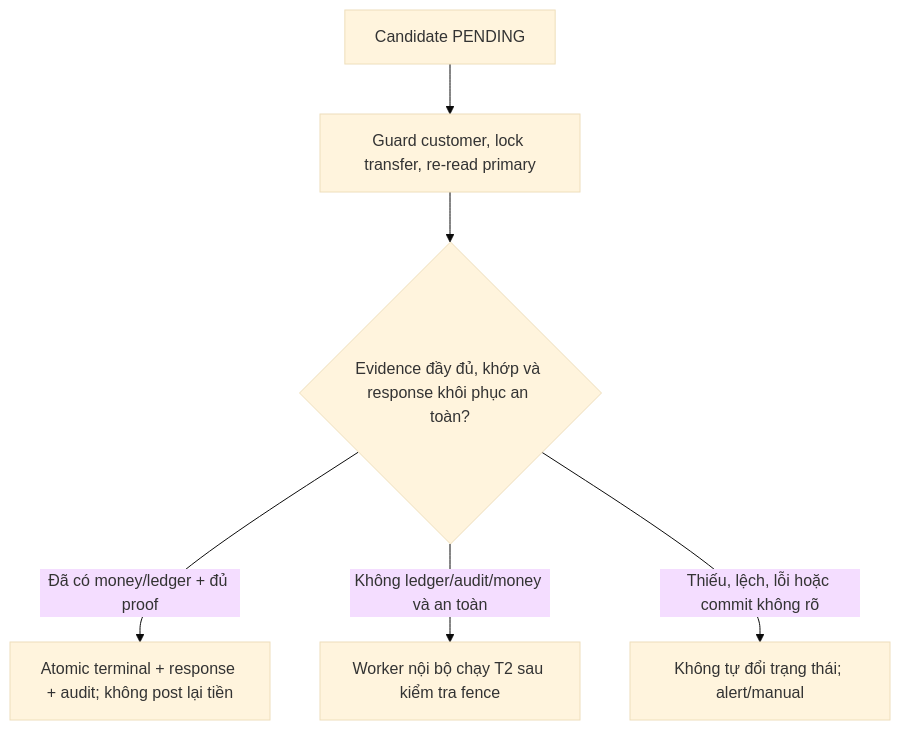
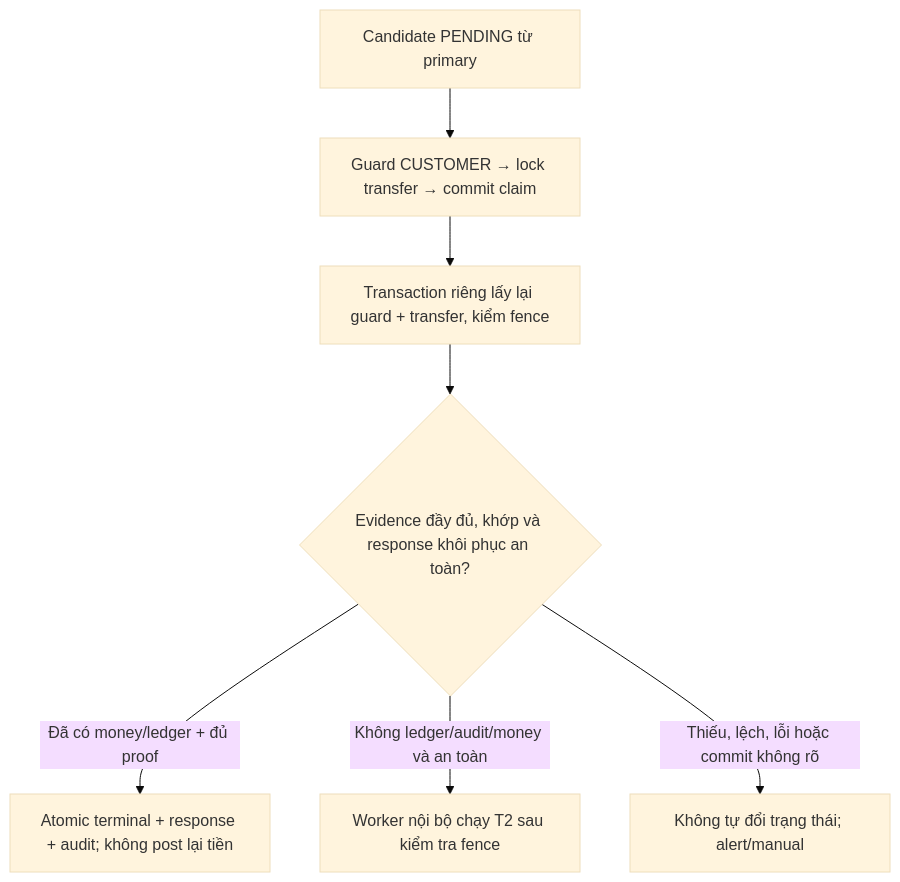
Before and after one commit to TNoLisme/cloude: the sixth of 6 diagrams in digitalbanking-docs/docs-common/design/02. consistency-concurrency.md, drawn with Mermaid (base theme). The commit also changed other lines of this file and 91 other files, not shown here.

````diff
--- a/digitalbanking-docs/docs-common/design/02. consistency-concurrency.md
+++ b/digitalbanking-docs/docs-common/design/02. consistency-concurrency.md
@@ -1490,8 +1490,9 @@
 ```mermaid
 flowchart TD
-    A["Candidate PENDING"] --> B["Guard customer, lock transfer, re-read primary"]
-    B --> C{"Evidence đầy đủ, khớp và response khôi phục an toàn?"}
+    A["Candidate PENDING từ primary"] --> B["Guard CUSTOMER → lock transfer → commit claim"]
+    B --> G["Transaction riêng lấy lại guard + transfer, kiểm fence"]
+    G --> C{"Evidence đầy đủ, khớp và response khôi phục an toàn?"}
     C -- "Đã có money/ledger + đủ proof" --> D["Atomic terminal + response + audit; không post lại tiền"]
     C -- "Không ledger/audit/money và an toàn" --> E["Worker nội bộ chạy T2 sau kiểm tra fence"]
     C -- "Thiếu, lệch, lỗi hoặc commit không rõ" --> F["Không tự đổi trạng thái; alert/manual"]
 ```
````
